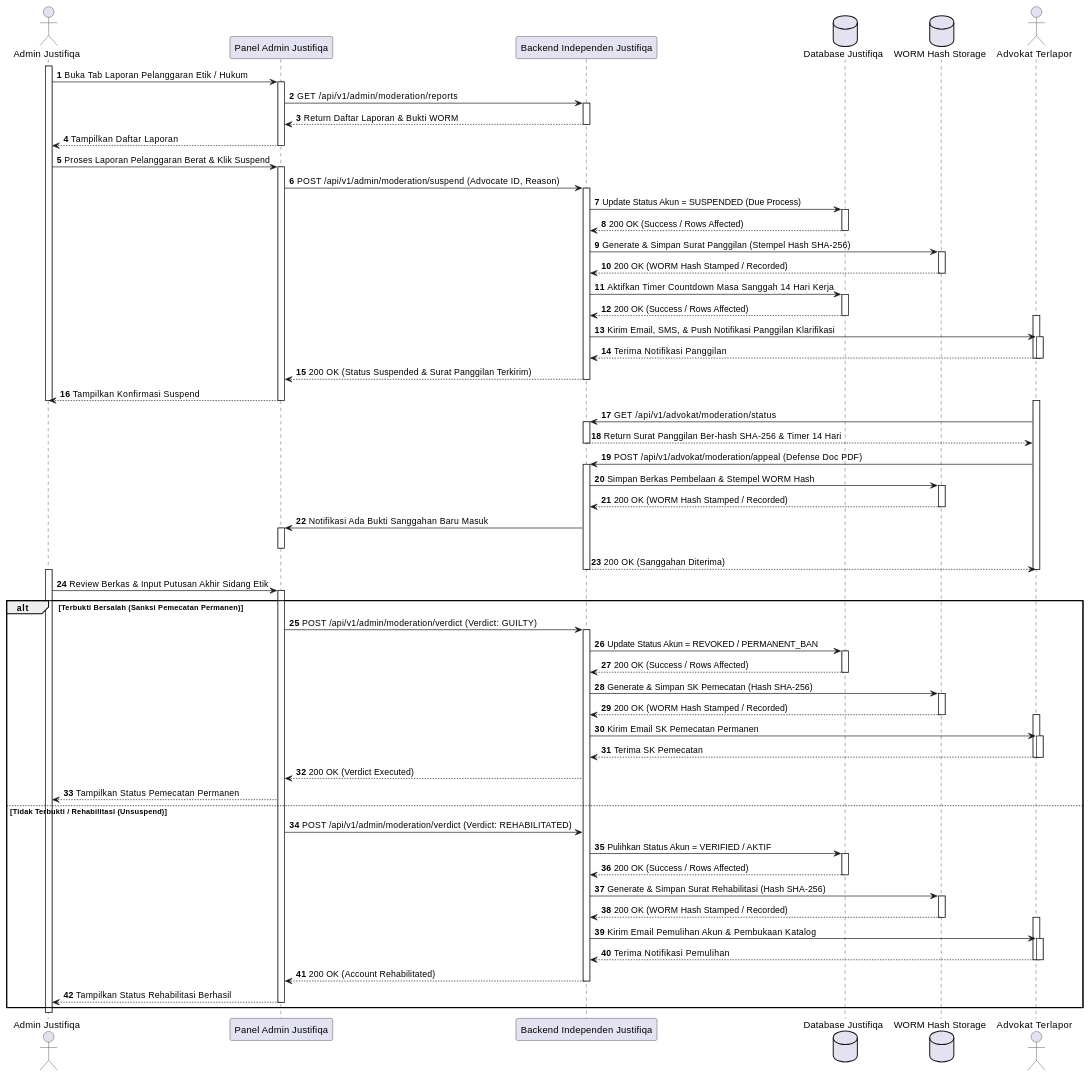
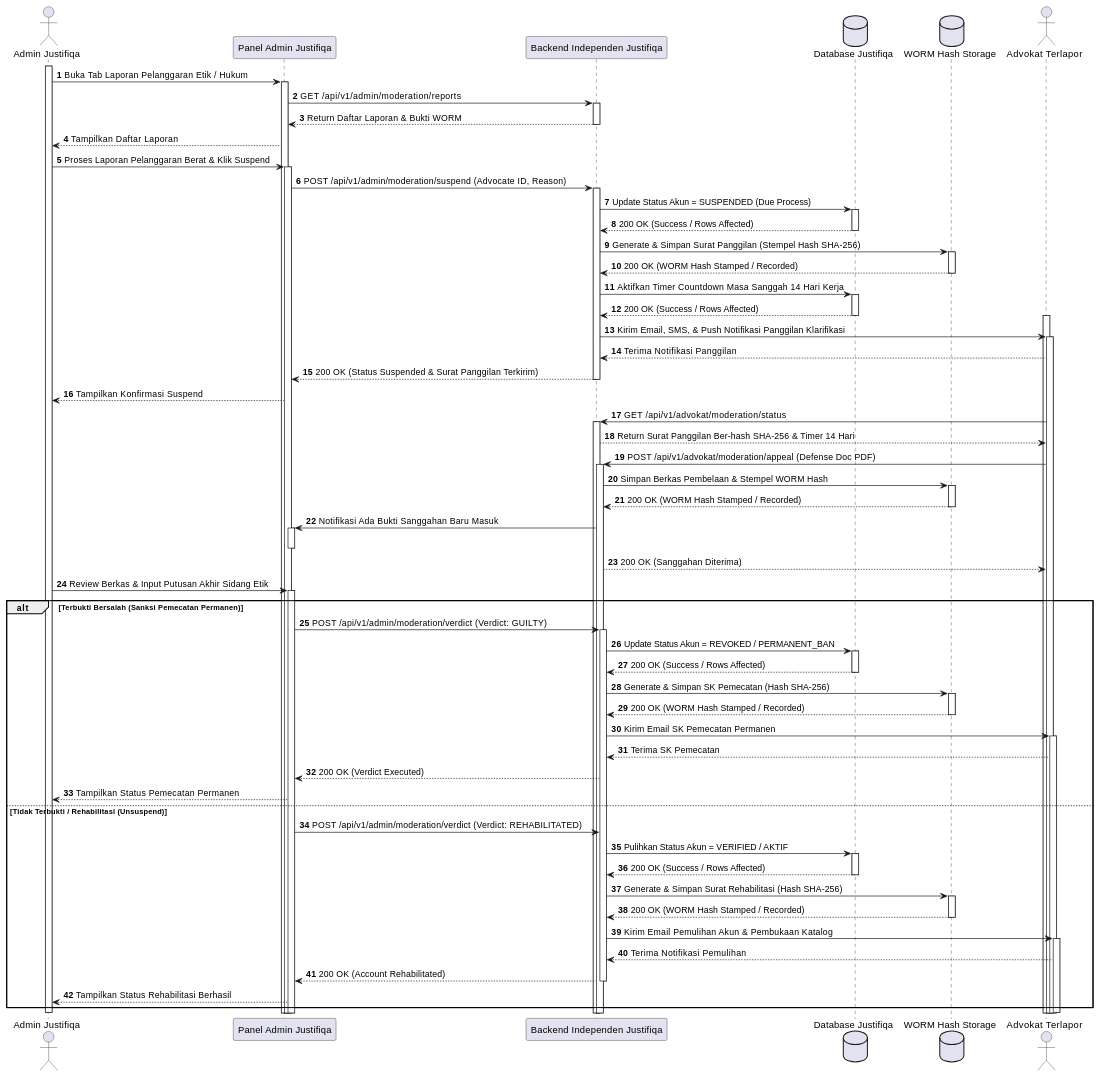
One commit to tupperwureism/SuperApp-Gagal changed the tenth of 27 diagrams in MarkDown/plantuml_sequence_diagrams.md. Above: the diagram before and after it, drawn with PlantUML. The commit also changed other lines of this file and 2 other files, not shown here.

Commit message:
fix(uml): remove shorthand deactivations from actor return arrows and prevent double deactivations across SD Justifiqa and Qualifa

````diff
--- a/MarkDown/plantuml_sequence_diagrams.md
+++ b/MarkDown/plantuml_sequence_diagrams.md
@@ -465,75 +455,64 @@
 ```plantuml
 @startuml
 autonumber
 actor "Admin Justifiqa" as Admin
 participant "Panel Admin Justifiqa" as FE
 participant "Backend Independen Justifiqa" as BE
 database "Database Justifiqa" as DB
 database "WORM Hash Storage" as WORM
 actor "Advokat Terlapor" as Mitra
 
 activate Admin
 Admin -> FE ++ : Buka Tab Laporan Pelanggaran Etik / Hukum
 FE -> BE ++ : GET /api/v1/admin/moderation/reports
 BE --> FE -- : Return Daftar Laporan & Bukti WORM
-FE --> Admin -- : Tampilkan Daftar Laporan
+FE --> Admin : Tampilkan Daftar Laporan
 Admin -> FE ++ : Proses Laporan Pelanggaran Berat & Klik Suspend
 FE -> BE ++ : POST /api/v1/admin/moderation/suspend (Advocate ID, Reason)
 BE -> DB ++ : Update Status Akun = SUSPENDED (Due Process)
 DB --> BE -- : 200 OK (Success / Rows Affected)
 BE -> WORM ++ : Generate & Simpan Surat Panggilan (Stempel Hash SHA-256)
 WORM --> BE -- : 200 OK (WORM Hash Stamped / Recorded)
 BE -> DB ++ : Aktifkan Timer Countdown Masa Sanggah 14 Hari Kerja
 DB --> BE -- : 200 OK (Success / Rows Affected)
 activate Mitra
 BE -> Mitra ++ : Kirim Email, SMS, & Push Notifikasi Panggilan Klarifikasi
 Mitra --> BE : Terima Notifikasi Panggilan
-deactivate Mitra
-deactivate Mitra
 BE --> FE -- : 200 OK (Status Suspended & Surat Panggilan Terkirim)
-FE --> Admin -- : Tampilkan Konfirmasi Suspend
-deactivate Admin
+FE --> Admin : Tampilkan Konfirmasi Suspend
 
-activate Mitra
 Mitra -> BE ++ : GET /api/v1/advokat/moderation/status
-BE --> Mitra -- : Return Surat Panggilan Ber-hash SHA-256 & Timer 14 Hari
+BE --> Mitra : Return Surat Panggilan Ber-hash SHA-256 & Timer 14 Hari
 Mitra -> BE ++ : POST /api/v1/advokat/moderation/appeal (Defense Doc PDF)
 BE -> WORM ++ : Simpan Berkas Pembelaan & Stempel WORM Hash
 WORM --> BE -- : 200 OK (WORM Hash Stamped / Recorded)
 BE -> FE ++ : Notifikasi Ada Bukti Sanggahan Baru Masuk
 deactivate FE
-BE --> Mitra -- : 200 OK (Sanggahan Diterima)
-deactivate Mitra
+BE --> Mitra : 200 OK (Sanggahan Diterima)
 
-activate Admin
 Admin -> FE ++ : Review Berkas & Input Putusan Akhir Sidang Etik
 alt Terbukti Bersalah (Sanksi Pemecatan Permanen)
   FE -> BE ++ : POST /api/v1/admin/moderation/verdict (Verdict: GUILTY)
   BE -> DB ++ : Update Status Akun = REVOKED / PERMANENT_BAN
   DB --> BE -- : 200 OK (Success / Rows Affected)
   BE -> WORM ++ : Generate & Simpan SK Pemecatan (Hash SHA-256)
   WORM --> BE -- : 200 OK (WORM Hash Stamped / Recorded)
-  activate Mitra
   BE -> Mitra ++ : Kirim Email SK Pemecatan Permanen
   Mitra --> BE : Terima SK Pemecatan
-  deactivate Mitra
-  deactivate Mitra
   BE --> FE : 200 OK (Verdict Executed)
   FE --> Admin : Tampilkan Status Pemecatan Permanen
 else Tidak Terbukti / Rehabilitasi (Unsuspend)
   FE -> BE : POST /api/v1/admin/moderation/verdict (Verdict: REHABILITATED)
   BE -> DB ++ : Pulihkan Status Akun = VERIFIED / AKTIF
   DB --> BE -- : 200 OK (Success / Rows Affected)
   BE -> WORM ++ : Generate & Simpan Surat Rehabilitasi (Hash SHA-256)
   WORM --> BE -- : 200 OK (WORM Hash Stamped / Recorded)
-  activate Mitra
   BE -> Mitra ++ : Kirim Email Pemulihan Akun & Pembukaan Katalog
   Mitra --> BE : Terima Notifikasi Pemulihan
-  deactivate Mitra
-  deactivate Mitra
   BE --> FE -- : 200 OK (Account Rehabilitated)
-  FE --> Admin -- : Tampilkan Status Rehabilitasi Berhasil
+  FE --> Admin : Tampilkan Status Rehabilitasi Berhasil
 end
 deactivate Admin
+deactivate Mitra
 @enduml
 ```
````
